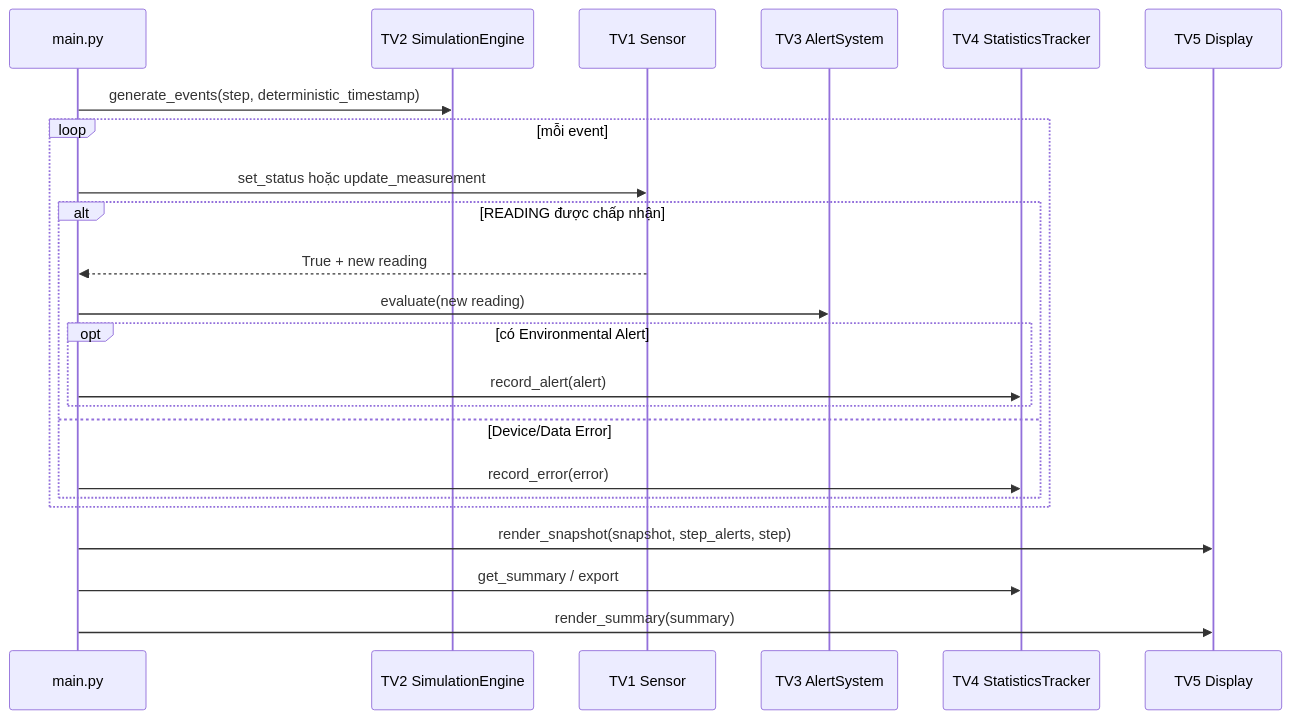
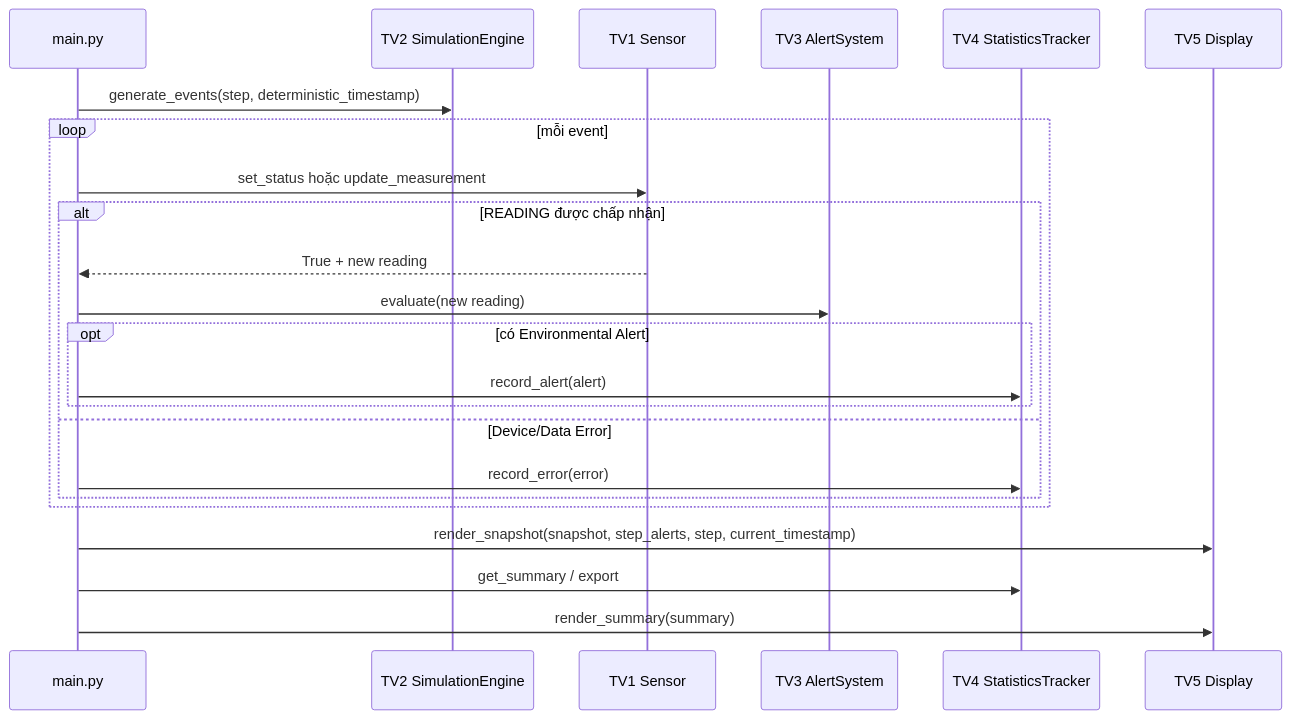
One commit to kieen3011/ChuDe36 changed the second of 2 diagrams in docs/TV1_HANDOFF.md. Above: the diagram before and after it, drawn with Mermaid. The commit also changed other lines of this file and 22 other files, not shown here.

````diff
--- a/docs/TV1_HANDOFF.md
+++ b/docs/TV1_HANDOFF.md
@@ -109,25 +109,25 @@
 ```mermaid
 sequenceDiagram
     participant Main as main.py
     participant Sim as TV2 SimulationEngine
     participant Sensor as TV1 Sensor
     participant Alert as TV3 AlertSystem
     participant Stats as TV4 StatisticsTracker
     participant View as TV5 Display
     Main->>Sim: generate_events(step, deterministic_timestamp)
     loop mỗi event
         Main->>Sensor: set_status hoặc update_measurement
         alt READING được chấp nhận
             Sensor-->>Main: True + new reading
             Main->>Alert: evaluate(new reading)
             opt có Environmental Alert
                 Main->>Stats: record_alert(alert)
             end
         else Device/Data Error
             Main->>Stats: record_error(error)
         end
     end
-    Main->>View: render_snapshot(snapshot, step_alerts, step)
+    Main->>View: render_snapshot(snapshot, step_alerts, step, current_timestamp)
     Main->>Stats: get_summary / export
     Main->>View: render_summary(summary)
 ```
````
